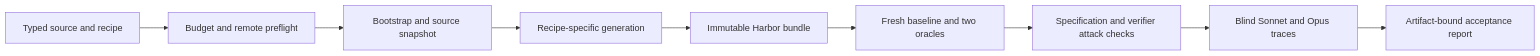
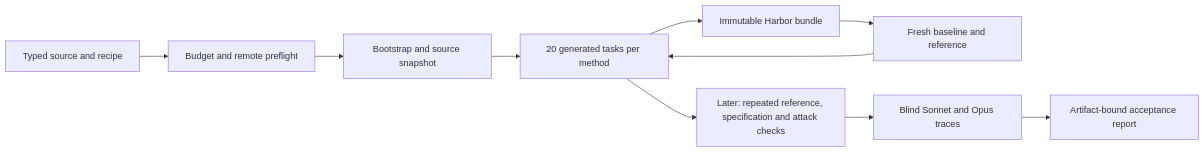
One commit to huggingface/Repo2RLEnv changed the diagram in docs/pipelines/owned_recipes.md. Above: the diagram before and after it, drawn with Mermaid. The commit also changed other lines of this file and 47 other files, not shown here.

````diff
--- a/docs/pipelines/owned_recipes.md
+++ b/docs/pipelines/owned_recipes.md
@@ -60,11 +60,12 @@
 ```mermaid
 flowchart LR
   I[Typed source and recipe] --> P[Budget and remote preflight]
   P --> B[Bootstrap and source snapshot]
   B --> G[Recipe-specific generation]
   G --> H[Immutable Harbor bundle]
-  H --> E[Fresh baseline and two oracles]
-  E --> Q[Specification and verifier attack checks]
+  H --> E[Fresh baseline and reference]
+  E --> G[20 generated tasks per method]
+  G --> Q[Later: repeated reference, specification and attack checks]
   Q --> R[Blind Sonnet and Opus traces]
   R --> A[Artifact-bound acceptance report]
 ```
````
